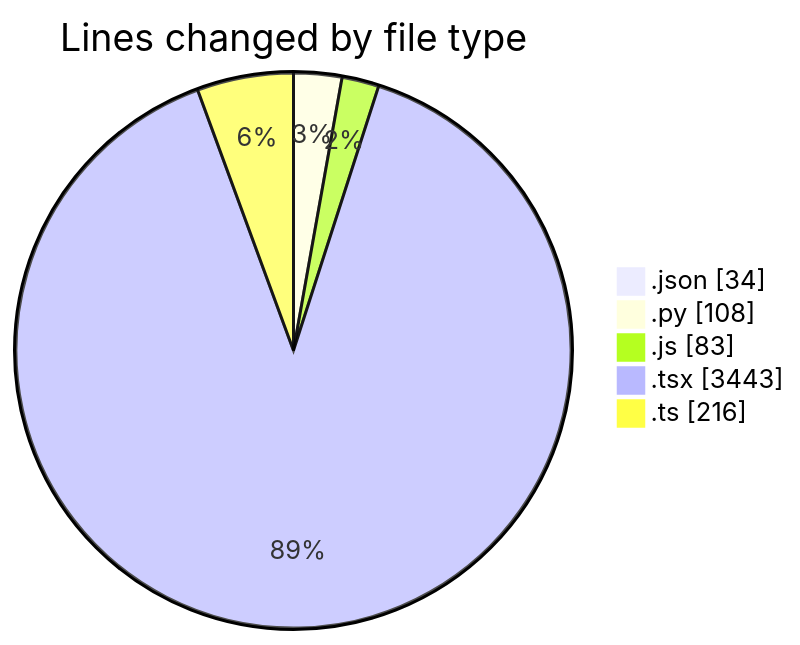
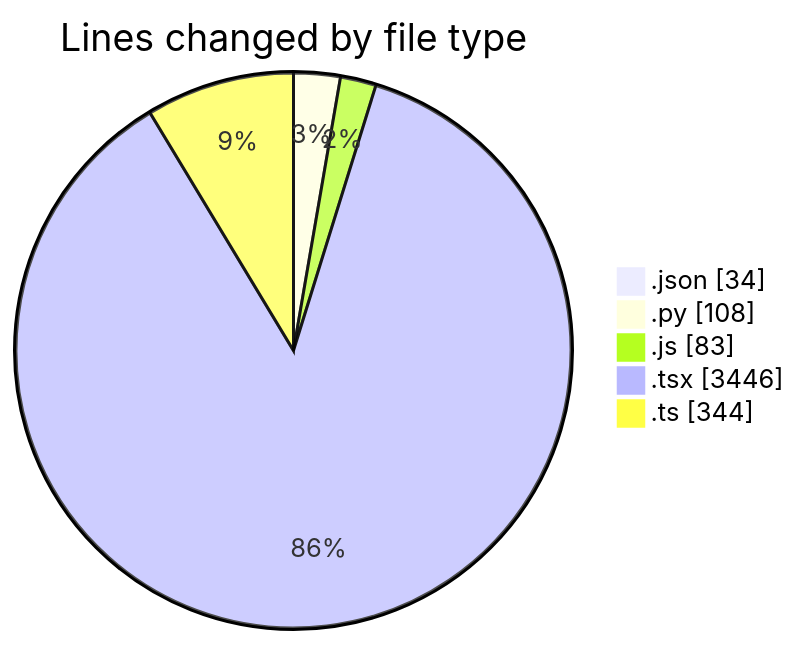
Before and after one commit to nxtqubesakshisongat/code-tracking: the first of 2 diagrams in 2026-07-28/nxtqube_webapp/README.md, drawn with Mermaid. The commit also changed other lines of this file and 1 other file, not shown here.

````diff
--- a/2026-07-28/nxtqube_webapp/README.md
+++ b/2026-07-28/nxtqube_webapp/README.md
@@ -33,9 +34,9 @@
 ```mermaid
 pie showData
 title Lines changed by file type
 ".json" : 34
 ".py" : 108
 ".js" : 83
-".tsx" : 3443
-".ts" : 216
+".tsx" : 3446
+".ts" : 344
 ```
````
